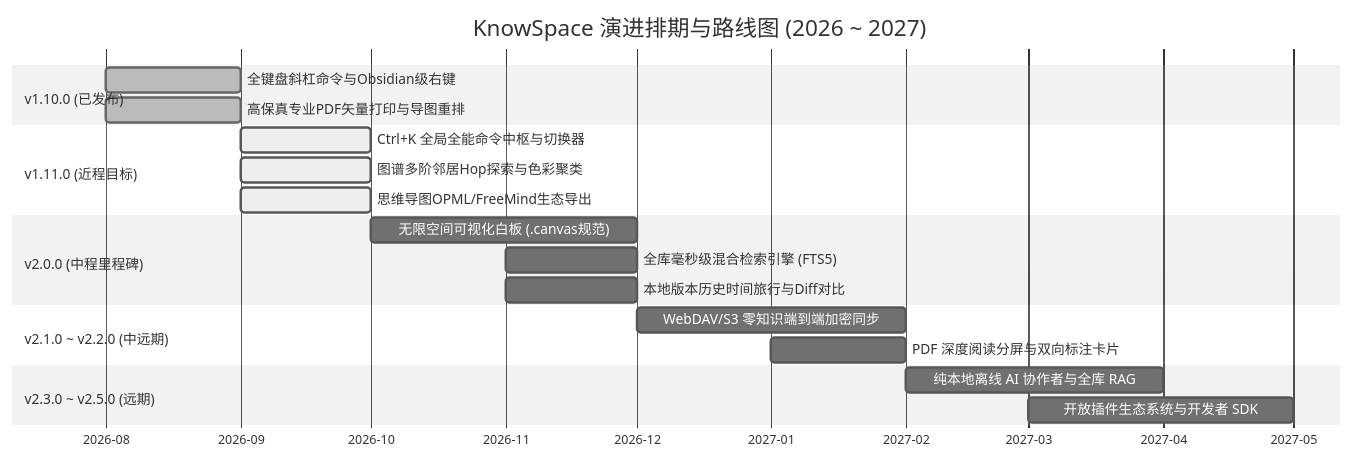
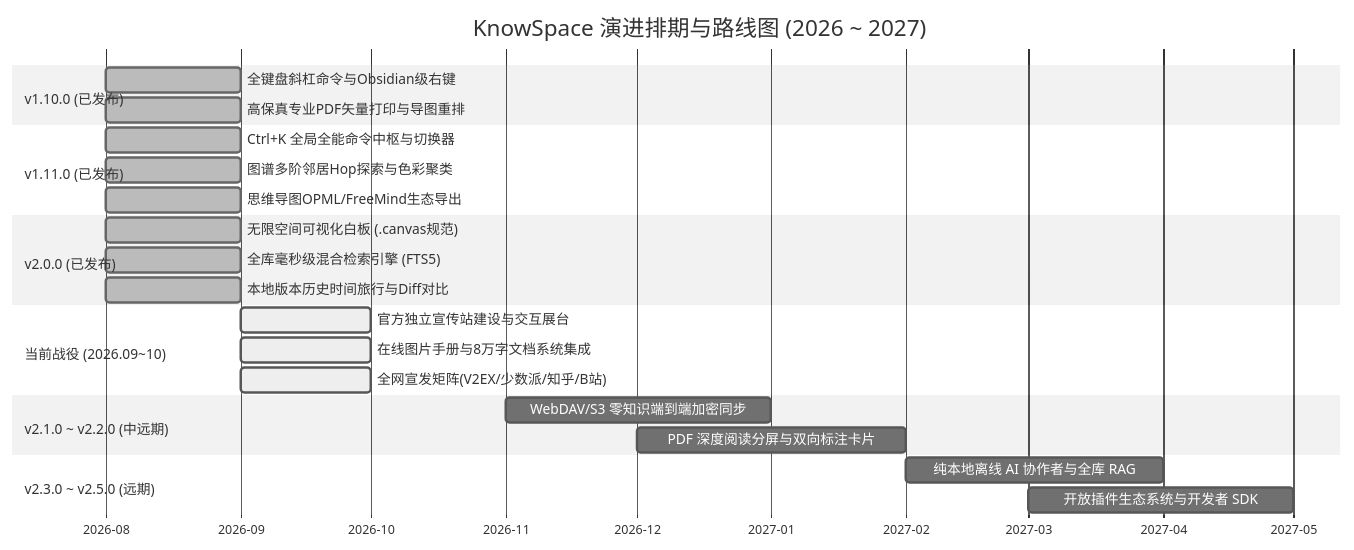
One commit to chunxvzhang-lab/KnowSpace changed the diagram in docs/knowspace-roadmap-v1.9-v2.5.md. Above: the diagram before and after it, drawn with Mermaid (neutral theme). The commit also changed other lines of this file and 87 other files, not shown here.

````diff
--- a/docs/knowspace-roadmap-v1.9-v2.5.md
+++ b/docs/knowspace-roadmap-v1.9-v2.5.md
@@ -189,28 +141,33 @@
 ```mermaid
 gantt
     title KnowSpace 演进排期与路线图 (2026 ~ 2027)
     dateFormat  YYYY-MM
     axisFormat  %Y-%m
 
     section v1.10.0 (已发布)
     全键盘斜杠命令与Obsidian级右键      :done,    des1, 2026-08, 2026-09
     高保真专业PDF矢量打印与导图重排    :done,    des2, 2026-08, 2026-09
 
-    section v1.11.0 (近程目标)
-    Ctrl+K 全局全能命令中枢与切换器   :active,  cmd1, 2026-09, 2026-10
-    图谱多阶邻居Hop探索与色彩聚类     :active,  grp1, 2026-09, 2026-10
-    思维导图OPML/FreeMind生态导出     :active,  mme1, 2026-09, 2026-10
+    section v1.11.0 (已发布)
+    Ctrl+K 全局全能命令中枢与切换器   :done,    cmd1, 2026-08, 2026-09
+    图谱多阶邻居Hop探索与色彩聚类     :done,    grp1, 2026-08, 2026-09
+    思维导图OPML/FreeMind生态导出     :done,    mme1, 2026-08, 2026-09
 
-    section v2.0.0 (中程里程碑)
-    无限空间可视化白板 (.canvas规范)  :         cnv1, 2026-10, 2026-12
-    全库毫秒级混合检索引擎 (FTS5)     :         fts1, 2026-11, 2026-12
-    本地版本历史时间旅行与Diff对比    :         ver1, 2026-11, 2026-12
+    section v2.0.0 (已发布)
+    无限空间可视化白板 (.canvas规范)  :done,    cnv1, 2026-08, 2026-09
+    全库毫秒级混合检索引擎 (FTS5)     :done,    fts1, 2026-08, 2026-09
+    本地版本历史时间旅行与Diff对比    :done,    ver1, 2026-08, 2026-09
+
+    section 当前战役 (2026.09~10)
+    官方独立宣传站建设与交互展台      :active,  web1, 2026-09, 2026-10
+    在线图片手册与8万字文档系统集成   :active,  doc1, 2026-09, 2026-10
+    全网宣发矩阵(V2EX/少数派/知乎/B站):active,  mkt1, 2026-09, 2026-10
 
     section v2.1.0 ~ v2.2.0 (中远期)
-    WebDAV/S3 零知识端到端加密同步   :         syn1, 2026-12, 2027-02
-    PDF 深度阅读分屏与双向标注卡片    :         pdf1, 2027-01, 2027-02
+    WebDAV/S3 零知识端到端加密同步   :         syn1, 2026-11, 2027-01
+    PDF 深度阅读分屏与双向标注卡片    :         pdf1, 2026-12, 2027-02
 
     section v2.3.0 ~ v2.5.0 (远期)
     纯本地离线 AI 协作者与全库 RAG    :         loc1, 2027-02, 2027-04
     开放插件生态系统与开发者 SDK     :         plg1, 2027-03, 2027-05
 ```
````
